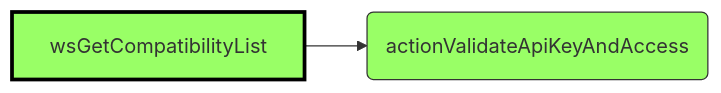
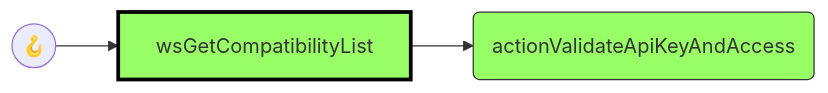
One commit to joze-liburn/uibakery changed diagram 21 of 31 in automations.md. Above: the diagram before and after it, drawn with Mermaid. The commit also changed other lines of this file and 3 other files, not shown here.

Commit message:
Added calls between automations and actions so that each pair appears twice. Two missing web services. Added overall call graph. Fixed internal symbol names.

````diff
--- a/automations.md
+++ b/automations.md
@@ -627,12 +632,13 @@
 ```mermaid
 graph LR
   classDef this fill:#9f6,stroke:#000,stroke-width:3;
   classDef automation fill:#9f6,stroke:#333;
   classDef action fill:#f96,stroke:#333;
   classDef database fill:#96f,stroke:#333;
 
+  wh((🪝)) --> aut27[wsGetCompatibilityList]
   aut27[wsGetCompatibilityList] --> aut29(actionValidateApiKeyAndAccess)
 
   class aut27 this
   class aut29 automation
 ```
````
